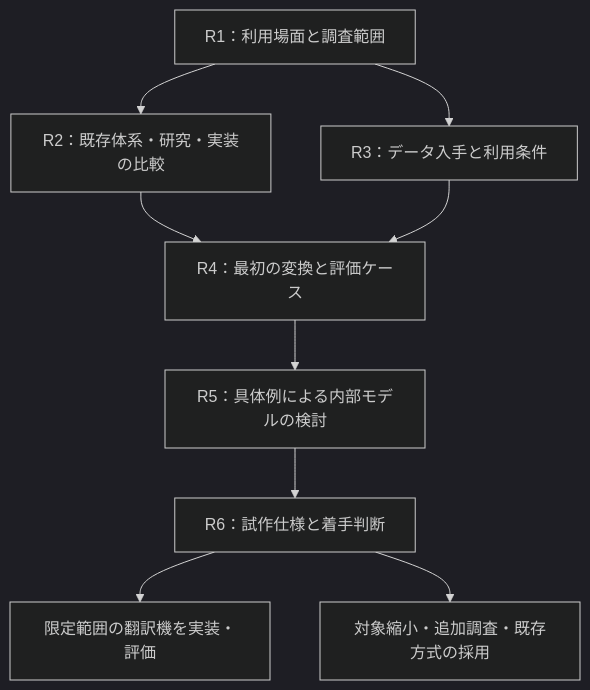
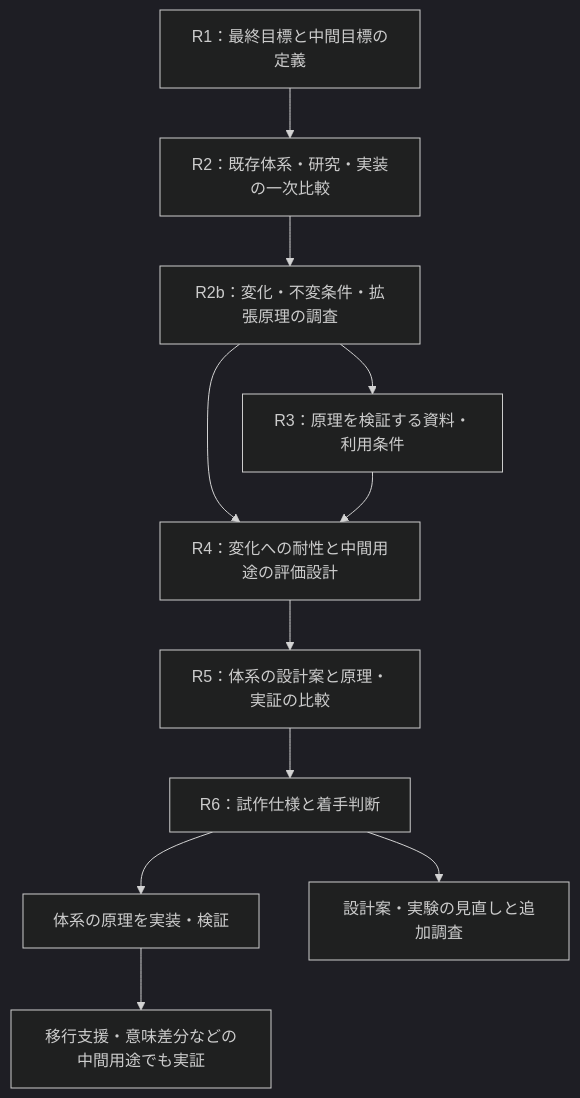
Before and after one commit to yuwayanagitani/med-dsl: the diagram in docs/roadmap.md, drawn with Mermaid (dark theme). The commit also changed other lines of this file and 11 other files, not shown here.

````diff
--- a/docs/roadmap.md
+++ b/docs/roadmap.md
@@ -17,11 +17,13 @@
 ```mermaid
 flowchart TD
-    A["R1：利用場面と調査範囲"] --> B["R2：既存体系・研究・実装の比較"]
-    A --> C["R3：データ入手と利用条件"]
-    B --> D["R4：最初の変換と評価ケース"]
+    A["R1：最終目標と中間目標の定義"] --> B["R2：既存体系・研究・実装の一次比較"]
+    B --> P["R2b：変化・不変条件・拡張原理の調査"]
+    P --> C["R3：原理を検証する資料・利用条件"]
+    P --> D["R4：変化への耐性と中間用途の評価設計"]
     C --> D
-    D --> E["R5：具体例による内部モデルの検討"]
+    D --> E["R5：体系の設計案と原理・実証の比較"]
     E --> F["R6：試作仕様と着手判断"]
-    F --> G["限定範囲の翻訳機を実装・評価"]
-    F --> H["対象縮小・追加調査・既存方式の採用"]
+    F --> G["体系の原理を実装・検証"]
+    G --> I["移行支援・意味差分などの中間用途でも実証"]
+    F --> H["設計案・実験の見直しと追加調査"]
 ```
````
